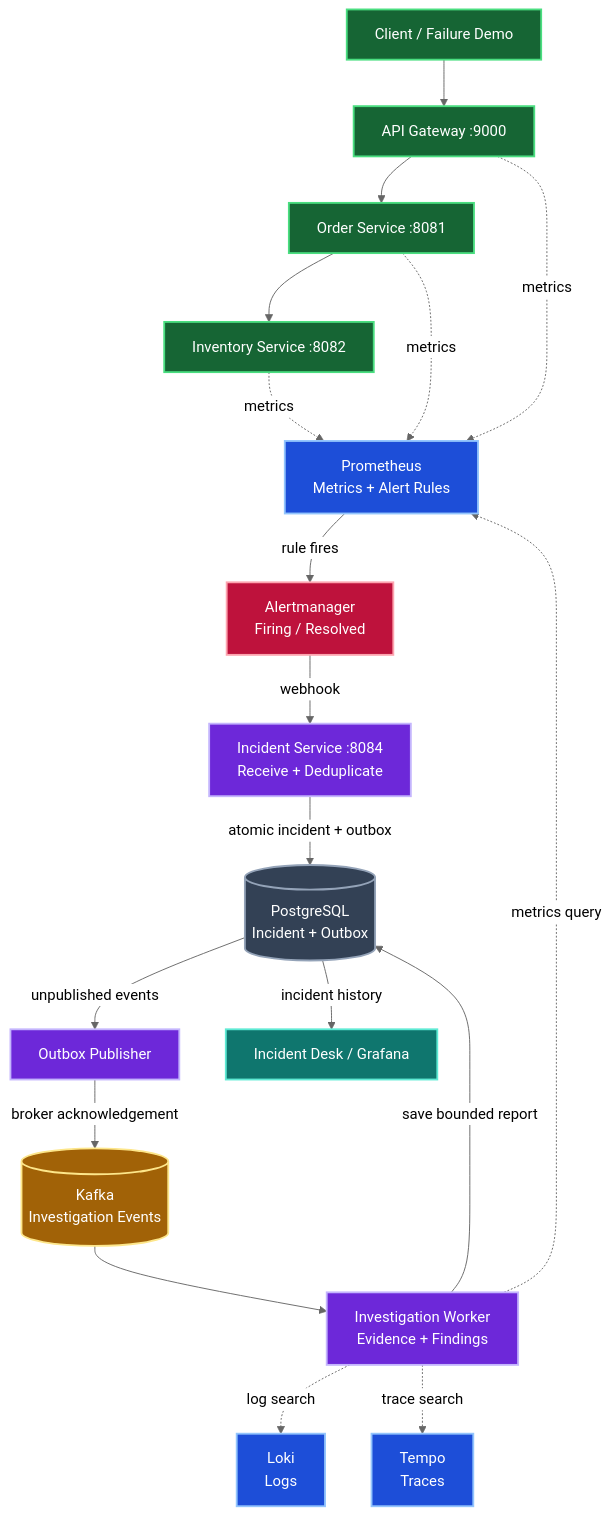
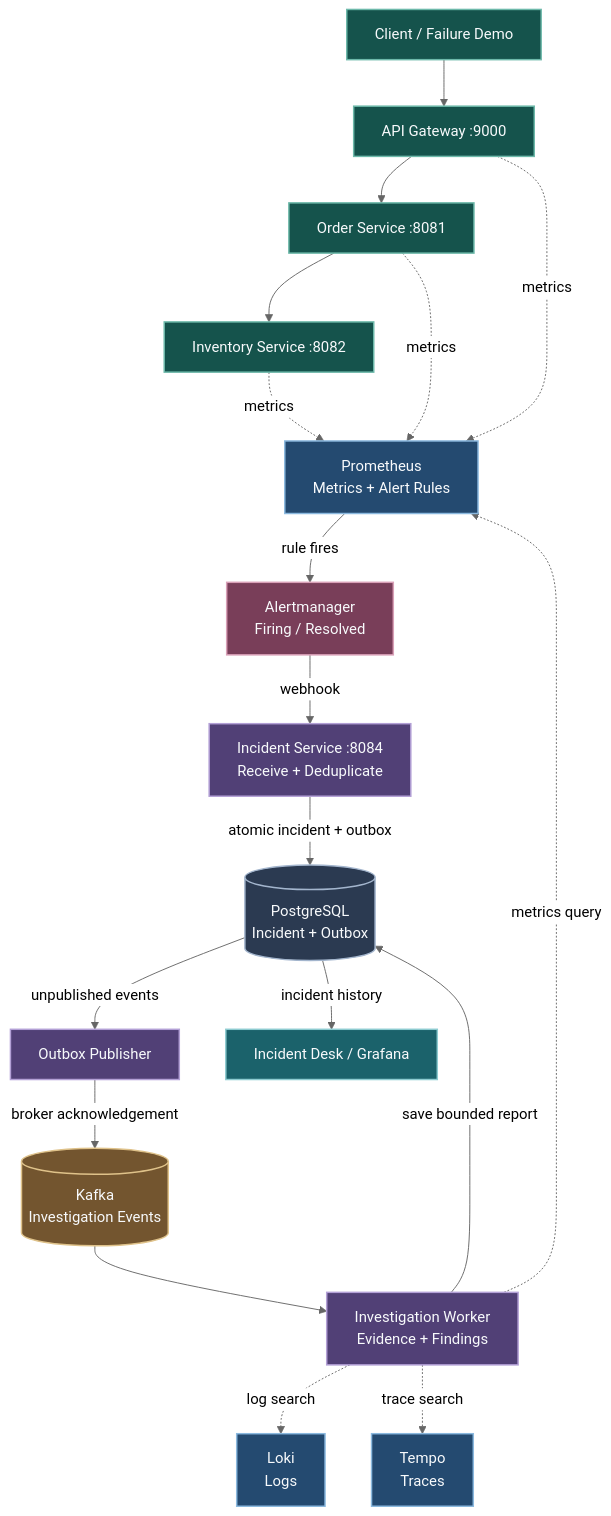
The diagram in README.md (Abhay123abhi/event-driven-incident-observability), drawn with Mermaid (neutral theme) before and after one commit.

Commit message:
docs: refine README architecture with premium muted jewel-tone palette

````diff
--- a/README.md
+++ b/README.md
@@ -13,36 +13,36 @@
 ```mermaid
 flowchart TD
     A["Client / Failure Demo"] --> G["API Gateway :9000"]
     G --> O["Order Service :8081"]
     O --> I["Inventory Service :8082"]
     G -. "metrics" .-> P["Prometheus<br/>Metrics + Alert Rules"]
     O -. "metrics" .-> P
     I -. "metrics" .-> P
     P -->|"rule fires"| AM["Alertmanager<br/>Firing / Resolved"]
     AM -->|"webhook"| S["Incident Service :8084<br/>Receive + Deduplicate"]
     S -->|"atomic incident + outbox"| DB[("PostgreSQL<br/>Incident + Outbox")]
     DB -->|"unpublished events"| PUB["Outbox Publisher"]
     PUB -->|"broker acknowledgement"| K[("Kafka<br/>Investigation Events")]
     K --> W["Investigation Worker<br/>Evidence + Findings"]
     W -. "metrics query" .-> P
     W -. "log search" .-> L["Loki<br/>Logs"]
     W -. "trace search" .-> T["Tempo<br/>Traces"]
     W -->|"save bounded report"| DB
     DB -->|"incident history"| UI["Incident Desk / Grafana"]
 
-    classDef workload fill:#166534,stroke:#4ade80,color:#ffffff,stroke-width:2px;
-    classDef observability fill:#1d4ed8,stroke:#93c5fd,color:#ffffff,stroke-width:2px;
-    classDef alert fill:#be123c,stroke:#fda4af,color:#ffffff,stroke-width:2px;
-    classDef incident fill:#6d28d9,stroke:#c4b5fd,color:#ffffff,stroke-width:2px;
-    classDef datastore fill:#334155,stroke:#94a3b8,color:#ffffff,stroke-width:2px;
-    classDef messaging fill:#a16207,stroke:#fde68a,color:#ffffff,stroke-width:2px;
-    classDef dashboard fill:#0f766e,stroke:#5eead4,color:#ffffff,stroke-width:2px;
+    classDef workload fill:#15534C,stroke:#6DB9AA,color:#F8FAFC,stroke-width:1.6px;
+    classDef observability fill:#244A70,stroke:#8BB9DF,color:#F8FAFC,stroke-width:1.6px;
+    classDef alert fill:#793E59,stroke:#D9A0B7,color:#F8FAFC,stroke-width:1.6px;
+    classDef incident fill:#514076,stroke:#B3A0D6,color:#F8FAFC,stroke-width:1.6px;
+    classDef datastore fill:#2B3A51,stroke:#A3B5CD,color:#F8FAFC,stroke-width:1.6px;
+    classDef messaging fill:#73552F,stroke:#DFC28A,color:#F8FAFC,stroke-width:1.6px;
+    classDef dashboard fill:#1B626B,stroke:#8DCBD0,color:#F8FAFC,stroke-width:1.6px;
 
     class A,G,O,I workload;
     class P,L,T observability;
     class AM alert;
     class S,PUB,W incident;
     class DB datastore;
     class K messaging;
     class UI dashboard;
 ```
````
